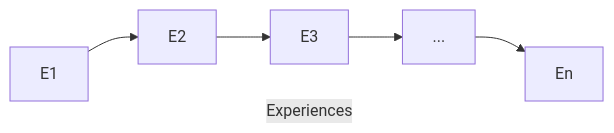
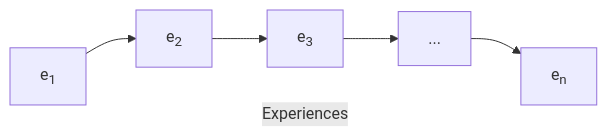
The diagram in 1.Introduction&Motivation.md (naufalso/continual-learning-course-notes), drawn with Mermaid before and after one commit. The commit also changed other lines of this file, not shown here.

````diff
--- a/1.Introduction&Motivation.md
+++ b/1.Introduction&Motivation.md
@@ -29,5 +29,5 @@
 ```mermaid
 flowchart LR
-    A[E1] --> B[E2] --> C[E3] --> D[...] --> E[En]
+    A[e<sub>1</sub>] --> B[e<sub>2</sub>] --> C[e<sub>3</sub>] --> D[...] --> E[e<sub>n</sub>]
     A ~~~ |Experiences| E
 ```
````
